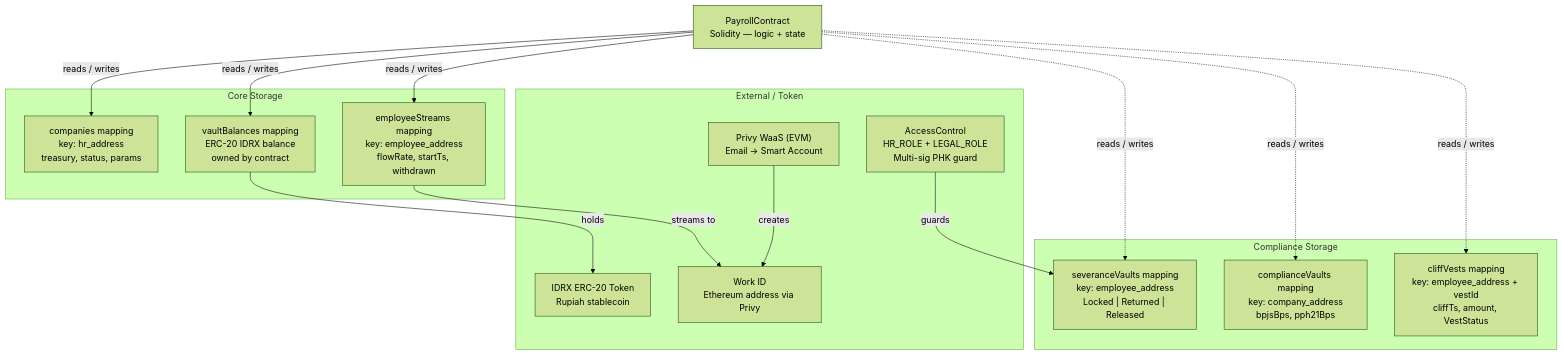
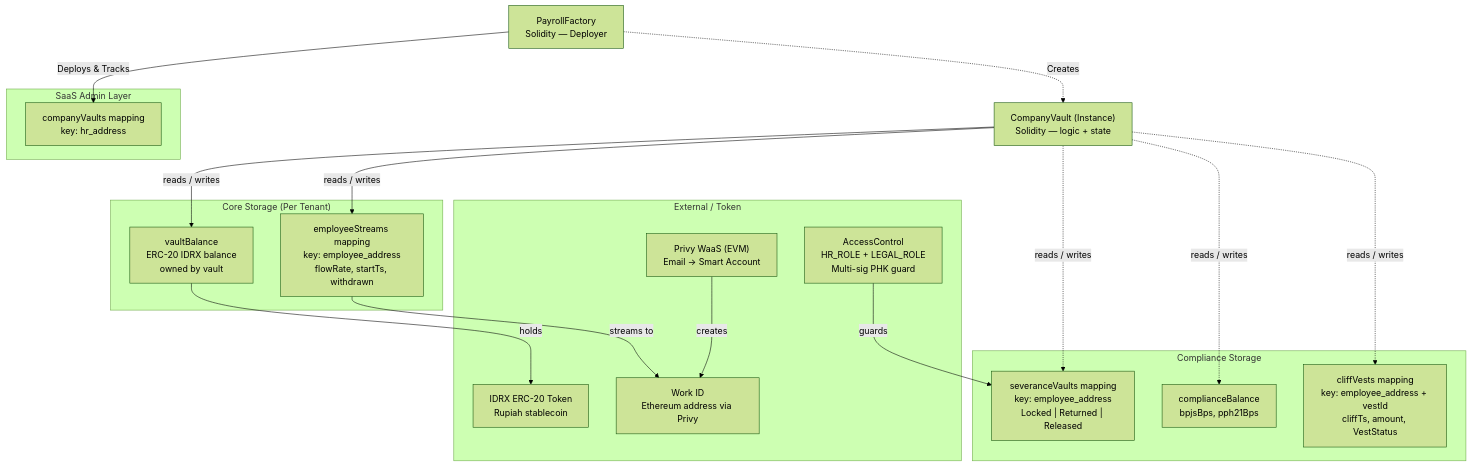
The diagram in technical-architecture.md (skripsi-payroll-dapp/docs), drawn with Mermaid (forest theme) before and after one commit. The commit also changed other lines of this file and 12 other files, not shown here.

````diff
--- a/technical-architecture.md
+++ b/technical-architecture.md
@@ -37,35 +42,41 @@
 ```mermaid
 graph TD
-  PC["PayrollContract\nSolidity — logic + state"]
+  FCT["PayrollFactory\nSolidity — Deployer"]
+  PC["CompanyVault (Instance)\nSolidity — logic + state"]
 
-  subgraph Core["Core Storage"]
-    CS["companies mapping\nkey: hr_address\ntreasury, status, params"]
-    VT["vaultBalances mapping\nERC-20 IDRX balance\nowned by contract"]
+  subgraph Factory["SaaS Admin Layer"]
+    CV["companyVaults mapping\nkey: hr_address"]
+  end
+
+  subgraph Core["Core Storage (Per Tenant)"]
+    VT["vaultBalance\nERC-20 IDRX balance\nowned by vault"]
     ES["employeeStreams mapping\nkey: employee_address\nflowRate, startTs, withdrawn"]
   end
 
   subgraph Compliance["Compliance Storage"]
     SV["severanceVaults mapping\nkey: employee_address\nLocked | Returned | Released"]
-    CV["complianceVaults mapping\nkey: company_address\nbpjsBps, pph21Bps"]
+    CP["complianceBalance\nbpjsBps, pph21Bps"]
     CF["cliffVests mapping\nkey: employee_address + vestId\ncliffTs, amount, VestStatus"]
   end
 
   subgraph External["External / Token"]
     IDRX["IDRX ERC-20 Token\nRupiah stablecoin"]
     WID["Work ID\nEthereum address via Privy"]
     SAFE["AccessControl\nHR_ROLE + LEGAL_ROLE\nMulti-sig PHK guard"]
     PR["Privy WaaS (EVM)\nEmail → Smart Account"]
   end
 
-  PC -->|reads / writes| CS
+  FCT -->|Deploys & Tracks| CV
+  FCT -.->|Creates| PC
+
   PC -->|reads / writes| VT
   PC -->|reads / writes| ES
   PC -.->|reads / writes| SV
-  PC -.->|reads / writes| CV
+  PC -.->|reads / writes| CP
   PC -.->|reads / writes| CF
 
   VT -->|holds| IDRX
   ES -->|streams to| WID
   SAFE -->|guards| SV
   PR -->|creates| WID
 ```
````
